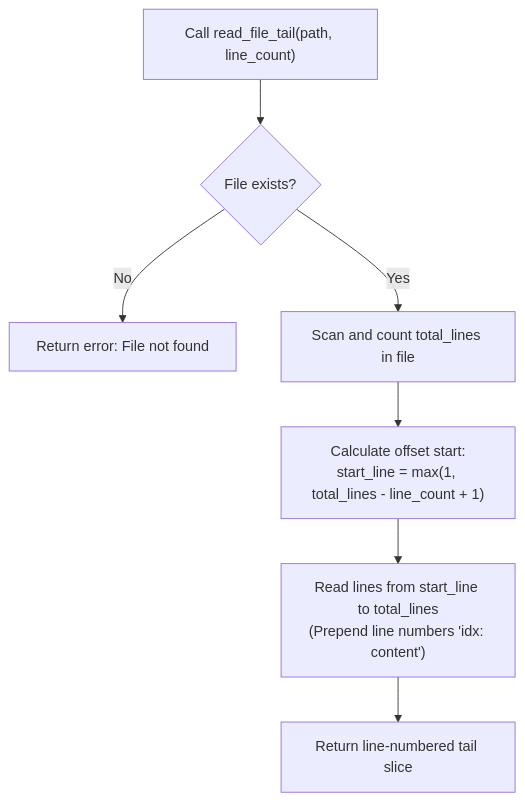
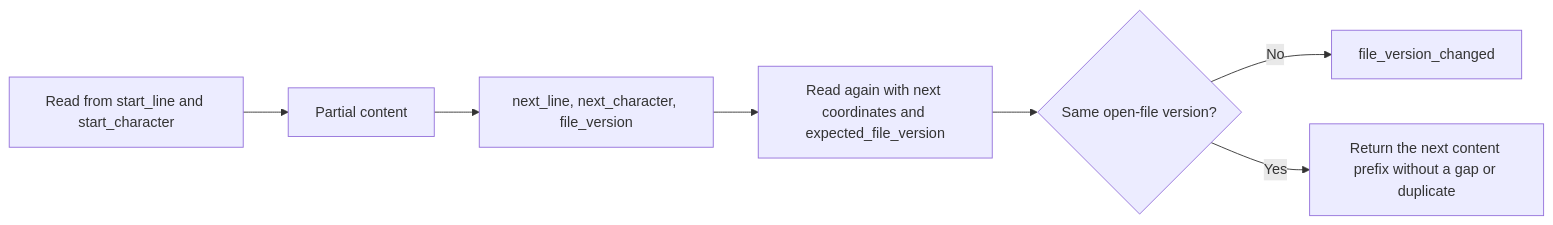
Before and after one commit to AI-Team-Team/AI-Team-Team: the third of 4 diagrams in docs/flowcharts/Gated_Reading.md, drawn with Mermaid. The commit also changed other lines of this file and 37 other files, not shown here.

````diff
--- a/docs/flowcharts/Gated_Reading.md
+++ b/docs/flowcharts/Gated_Reading.md
@@ -44,12 +47,9 @@
 ```mermaid
-flowchart TD
-    StartTail["Call read_file_tail(path, line_count)"] --> FileCheck{"File exists?"}
-    
-    FileCheck -- "No" --> ReturnErr["Return error: File not found"]
-    FileCheck -- "Yes" --> CountTotal["Scan and count total_lines in file"]
-    
-    CountTotal --> OffsetCalc["Calculate offset start:\nstart_line = max(1, total_lines - line_count + 1)"]
-    OffsetCalc --> ReadTailSlice["Read lines from start_line to total_lines\n(Prepend line numbers 'idx: content')"]
-    
-    ReadTailSlice --> ReturnTail["Return line-numbered tail slice"]
+flowchart LR
+    First["Read from start_line and start_character"] --> Partial["Partial content"]
+    Partial --> Cursor["next_line, next_character, file_version"]
+    Cursor --> Retry["Read again with next coordinates and expected_file_version"]
+    Retry --> Version{"Same open-file version?"}
+    Version -- "No" --> Stale["file_version_changed"]
+    Version -- "Yes" --> Next["Return the next content prefix without a gap or duplicate"]
 ```
````
